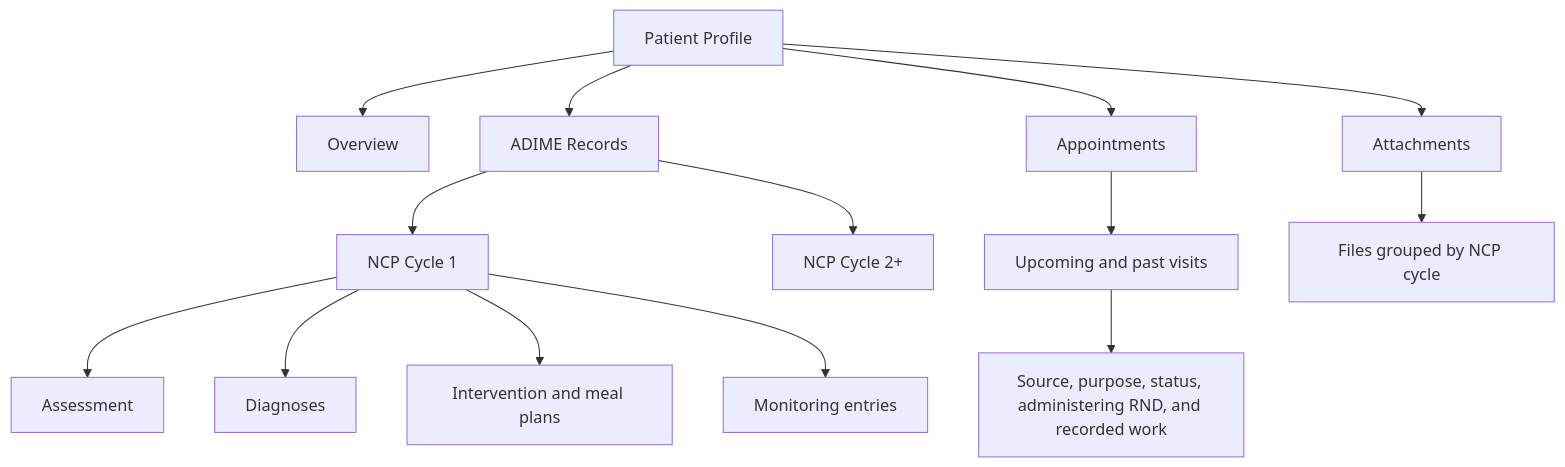
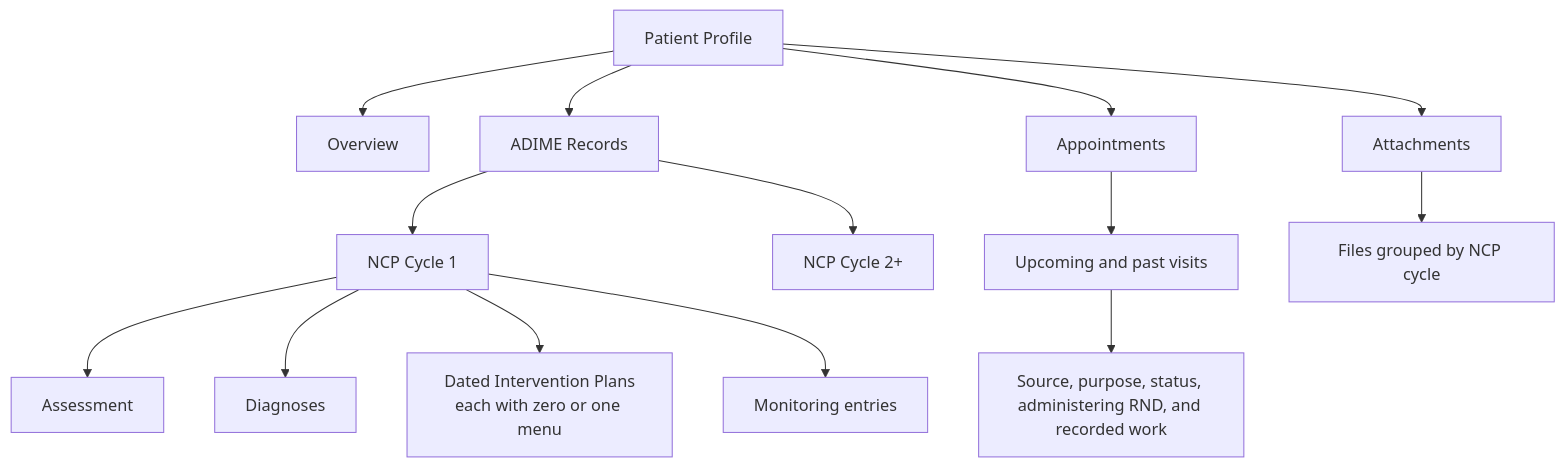
The third of 3 diagrams in docs/modules/Flowcharts/Clinical Care (NCP) Operations.md (ja2gc/Nutriscope), drawn with Mermaid before and after one commit. The commit also changed other lines of this file and 32 other files, not shown here.

Commit message:
docs: reconcile dated intervention workflow

````diff
--- a/docs/modules/Flowcharts/Clinical Care (NCP) Operations.md
+++ b/docs/modules/Flowcharts/Clinical Care (NCP) Operations.md
@@ -85,16 +85,16 @@
 ```mermaid
 flowchart TD
     P["Patient Profile"] --> O["Overview"]
     P --> A["ADIME Records"]
     P --> V0["Appointments"]
     P --> F["Attachments"]
     A --> C1["NCP Cycle 1"]
     A --> C2["NCP Cycle 2+"]
     C1 --> S1["Assessment"]
     C1 --> S2["Diagnoses"]
-    C1 --> S3["Intervention and meal plans"]
+    C1 --> S3["Dated Intervention Plans<br/>each with zero or one menu"]
     C1 --> S4["Monitoring entries"]
     V0 --> V1["Upcoming and past visits"]
     V1 --> V2["Source, purpose, status, administering RND, and recorded work"]
     F --> F1["Files grouped by NCP cycle"]
 ```
````
